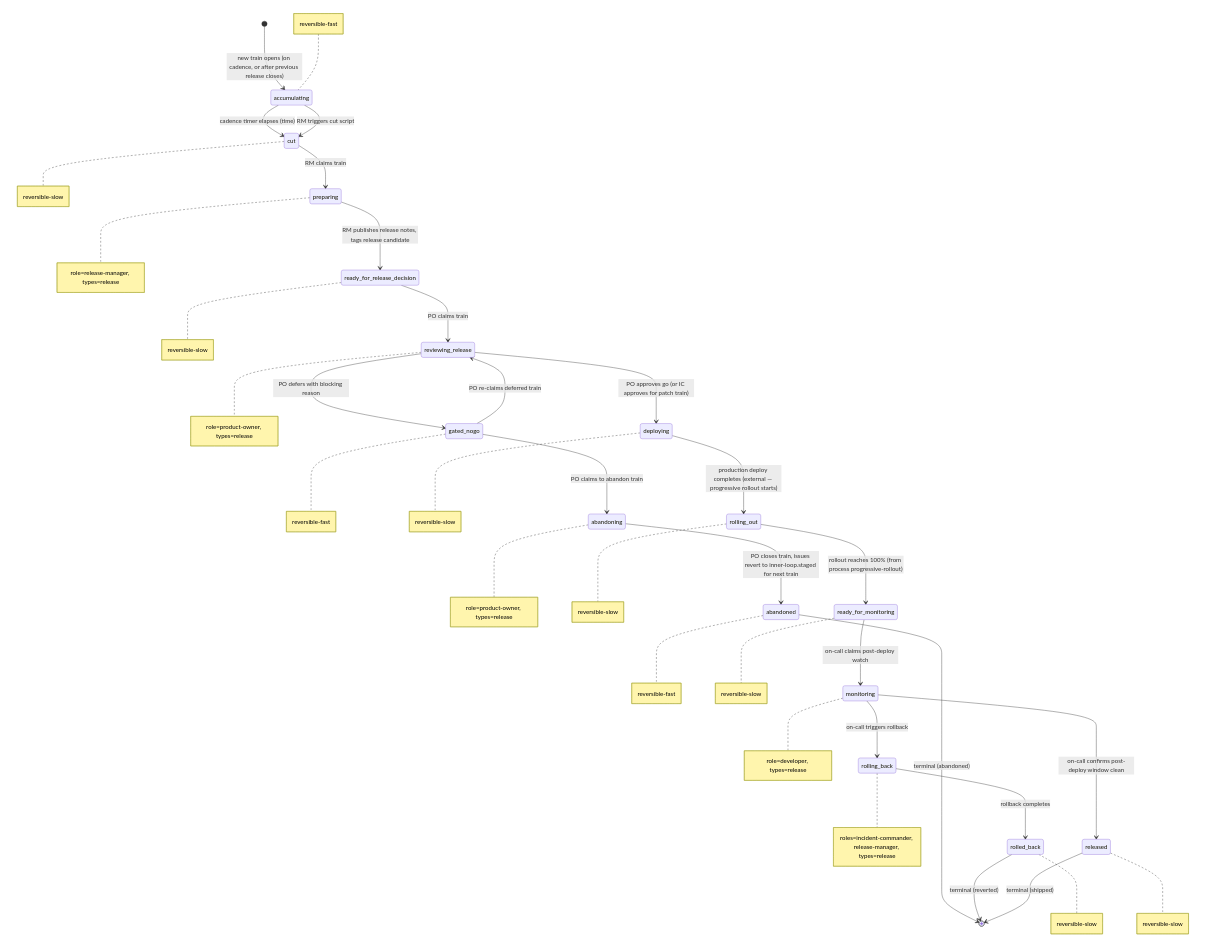
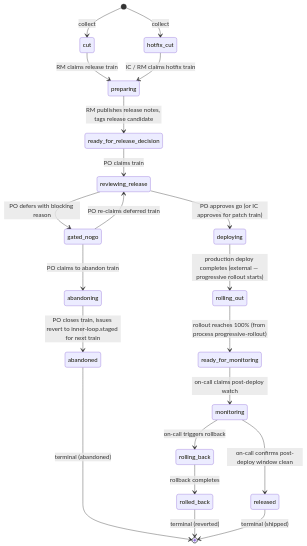
One commit to blemees/blemees-workflow changed the diagram in examples/workflows/release-states.mermaid. Above: the diagram before and after it, drawn with Mermaid. The commit also changed 51 other files, not shown here.

```diff
--- a/examples/workflows/release-states.mermaid
+++ b/examples/workflows/release-states.mermaid
@@ -1,37 +1,22 @@
 stateDiagram-v2
-    [*] --> accumulating: new train opens (on cadence, or after previous release closes)
-    accumulating --> cut: cadence timer elapses (time)
-    accumulating --> cut: RM triggers cut script
-    cut --> preparing: RM claims train
+    direction TB
+    cut --> preparing: RM claims release train
+    hotfix_cut --> preparing: IC / RM claims hotfix train
     preparing --> ready_for_release_decision: RM publishes release notes, tags release candidate
     ready_for_release_decision --> reviewing_release: PO claims train
     reviewing_release --> gated_nogo: PO defers with blocking reason
     reviewing_release --> deploying: PO approves go (or IC approves for patch train)
     gated_nogo --> reviewing_release: PO re-claims deferred train
     gated_nogo --> abandoning: PO claims to abandon train
     abandoning --> abandoned: PO closes train, issues revert to inner-loop.staged for next train
     deploying --> rolling_out: production deploy completes (external — progressive rollout starts)
     rolling_out --> ready_for_monitoring: rollout reaches 100% (from process progressive-rollout)
     ready_for_monitoring --> monitoring: on-call claims post-deploy watch
     monitoring --> released: on-call confirms post-deploy window clean
     monitoring --> rolling_back: on-call triggers rollback
     rolling_back --> rolled_back: rollback completes
     abandoned --> [*]: terminal (abandoned)
     rolled_back --> [*]: terminal (reverted)
     released --> [*]: terminal (shipped)
-
-    note left of accumulating: reversible-fast
-    note right of cut: reversible-slow
-    note right of preparing: role=release-manager, types=release
-    note right of ready_for_release_decision: reversible-slow
-    note right of reviewing_release: role=product-owner, types=release
-    note right of gated_nogo: reversible-fast
-    note right of abandoning: role=product-owner, types=release
-    note right of abandoned: reversible-fast
-    note right of deploying: reversible-slow
-    note right of rolling_out: reversible-slow
-    note right of ready_for_monitoring: reversible-slow
-    note right of monitoring: role=developer, types=release
-    note right of rolling_back: roles=incident-commander, release-manager, types=release
-    note right of rolled_back: reversible-slow
-    note right of released: reversible-slow
+    [*] --> cut: collect
+    [*] --> hotfix_cut: collect
```
